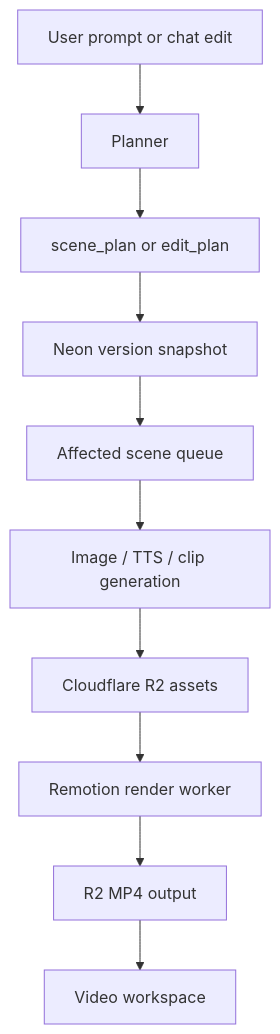
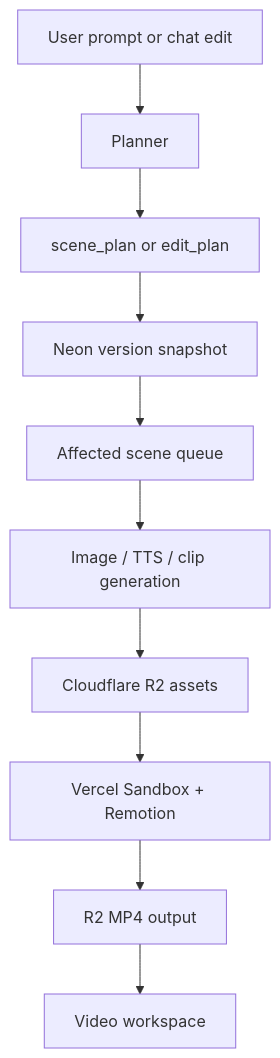
The diagram in docs/architecture.md (brucesunxi/know-video), drawn with Mermaid before and after one commit. The commit also changed other lines of this file and 12 other files, not shown here.

Commit message:
Run video exports in Vercel Sandbox

````diff
--- a/docs/architecture.md
+++ b/docs/architecture.md
@@ -5,12 +5,12 @@
 ```mermaid
 flowchart TD
   A["User prompt or chat edit"] --> B["Planner"]
   B --> C["scene_plan or edit_plan"]
   C --> D["Neon version snapshot"]
   D --> E["Affected scene queue"]
   E --> F["Image / TTS / clip generation"]
   F --> G["Cloudflare R2 assets"]
-  G --> H["Remotion render worker"]
+  G --> H["Vercel Sandbox + Remotion"]
   H --> I["R2 MP4 output"]
   I --> J["Video workspace"]
 ```
````
